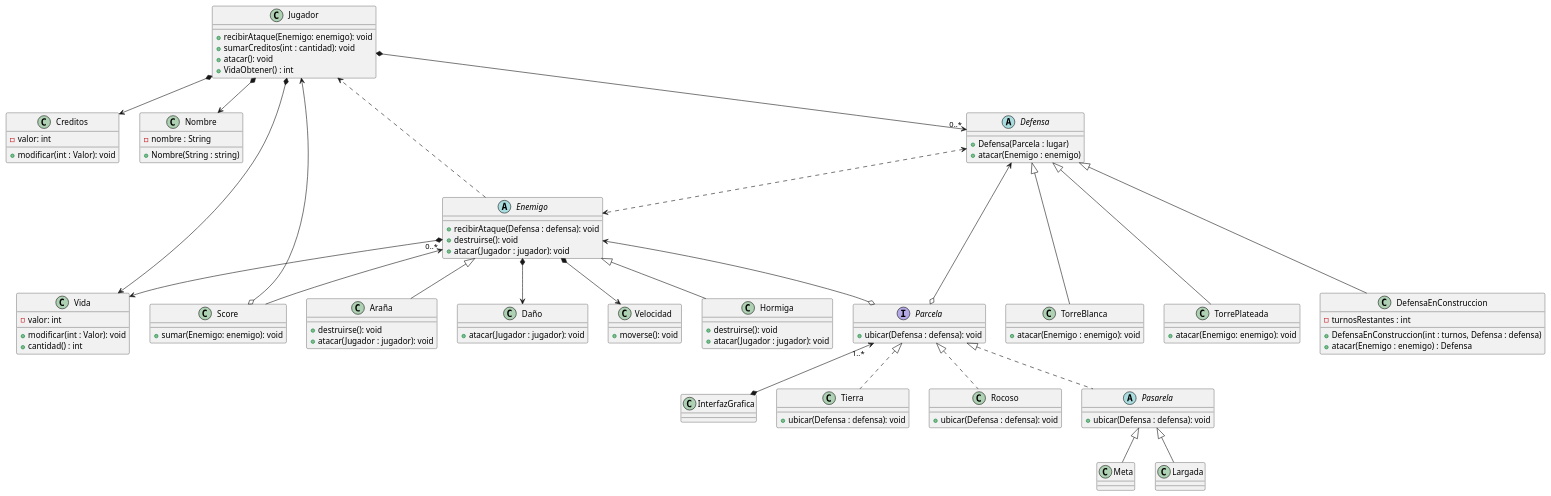
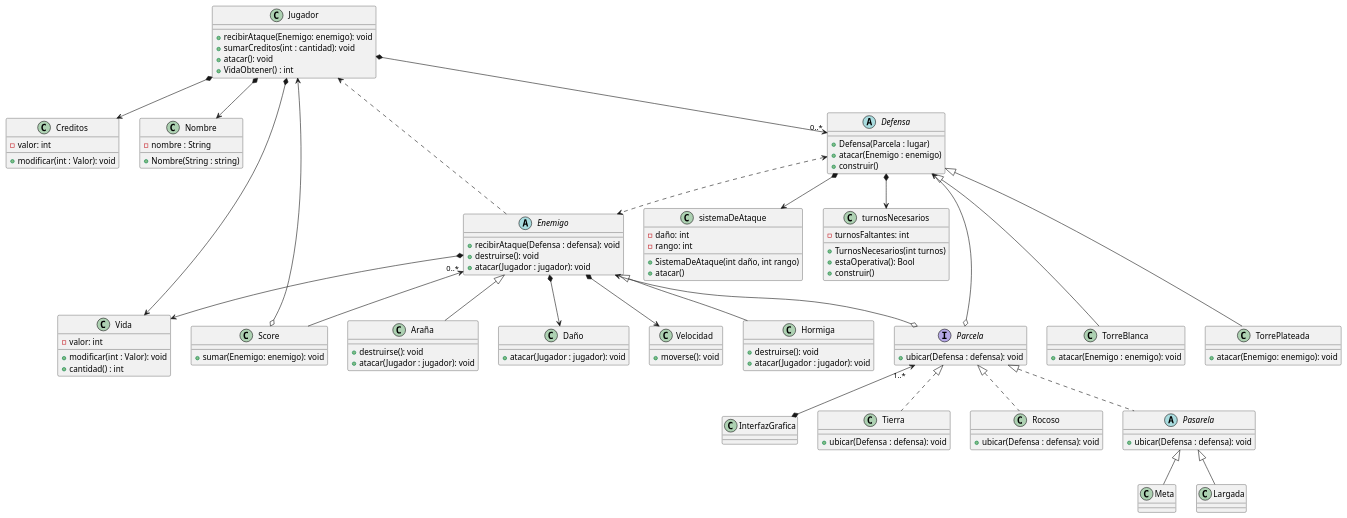
One commit to franzimbi/algo3_tp2 changed the diagram in diagrams/classes/diagrama_de_clase_tentativo.puml. Above: the diagram before and after it, drawn with PlantUML. The commit also changed 7 other files, not shown here.

Commit message:
update: test02 entrega1 y plant uml

```diff
--- a/diagrams/classes/diagrama_de_clase_tentativo.puml
+++ b/diagrams/classes/diagrama_de_clase_tentativo.puml
@@ -1,127 +1,138 @@
 @startuml
 'https://plantuml.com/class-diagram
 
 class Jugador {
     +recibirAtaque(Enemigo: enemigo): void
     +sumarCreditos(int : cantidad): void
     +atacar(): void
     +VidaObtener() : int
 }
 
 class Creditos {
     -valor: int
     +modificar(int : Valor): void
 }
 
 class Nombre {
     -nombre : String
     +Nombre(String : string)
 }
 
 class Vida {
     -valor: int
     +modificar(int : Valor): void
     +cantidad() : int
 }
 
 class Score {
     +sumar(Enemigo: enemigo): void
 }
 
 abstract class Defensa {
     +Defensa(Parcela : lugar)
     +atacar(Enemigo : enemigo)
+    +construir()
+}
+
+class sistemaDeAtaque{
+    -daño: int
+    -rango: int
+    +SistemaDeAtaque(int daño, int rango)
+    +atacar()
+}
+
+class turnosNecesarios{
+    -turnosFaltantes: int
+    +TurnosNecesarios(int turnos)
+    +estaOperativa(): Bool
+    +construir()
 }
 
 class TorreBlanca{
     +atacar(Enemigo : enemigo): void
 }
 
 class TorrePlateada{
     +atacar(Enemigo: enemigo): void
 }
 
-class DefensaEnConstruccion{
-    -turnosRestantes : int
-    +DefensaEnConstruccion(int : turnos, Defensa : defensa)
-    +atacar(Enemigo : enemigo) : Defensa
-}
 
 interface Parcela {
     +ubicar(Defensa : defensa): void
 }
 
 class InterfazGrafica {}
 
 class Tierra {
     +ubicar(Defensa : defensa): void
 }
 
 class Rocoso {
     +ubicar(Defensa : defensa): void
 }
 
 abstract class Pasarela {
     +ubicar(Defensa : defensa): void
 }
 
 class Meta {}
 class Largada {}
 
 abstract class Enemigo {
     +recibirAtaque(Defensa : defensa): void
     +destruirse(): void
     +atacar(Jugador : jugador): void
 }
 
 class Hormiga {
     +destruirse(): void
     +atacar(Jugador : jugador): void
 }
 
 class Araña {
     +destruirse(): void
     +atacar(Jugador : jugador): void
 }
 
 class Daño {
     +atacar(Jugador : jugador): void
 }
 
 class Velocidad {
     +moverse(): void
 }
 
 Jugador  *-->  Creditos
 Jugador  *-->  Nombre
 Jugador  *-->  Vida
 Jugador  *--> "0..*" Defensa
 Score  o-->  Jugador
 
 Defensa <|--- TorreBlanca
 Defensa <|--- TorrePlateada
-Defensa <|--- DefensaEnConstruccion
 Defensa <..> Enemigo
+Defensa *--> sistemaDeAtaque
+Defensa *--> turnosNecesarios
 
 Parcela o--> Defensa
 Parcela "1..*" <--*  InterfazGrafica
 Parcela <|.. Tierra
 Parcela <|.. Rocoso
 Parcela <|.. Pasarela
 
 Pasarela <|-- Meta
 Pasarela <|-- Largada
 
 Enemigo <|-- Hormiga
 Enemigo <|-- Araña
 Enemigo *--> Daño
 Enemigo *--> Velocidad
 Enemigo "0..*" <--  Score
 Enemigo ..> Jugador
 Enemigo *--> Vida
 Enemigo <--o Parcela
 
 
 
 
 @enduml
```
